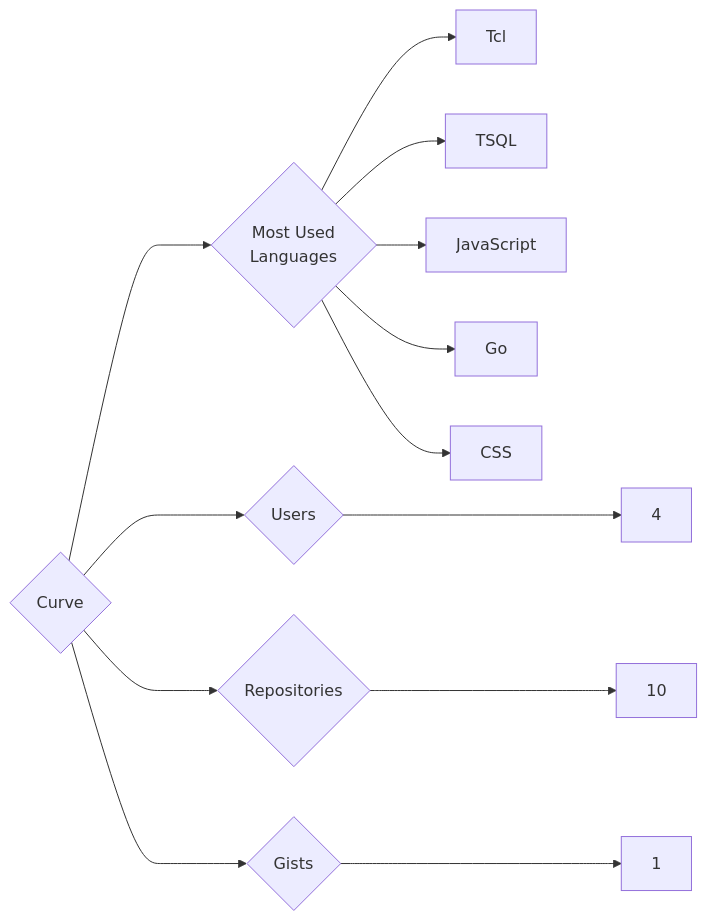
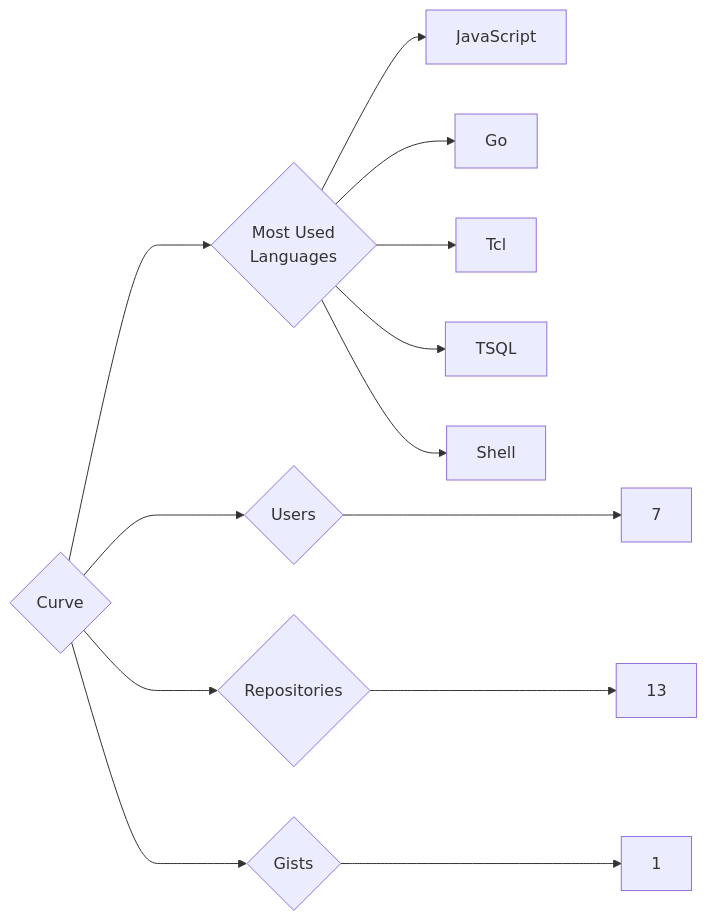
The diagram in targets/Curve/README.md (trickest/insiders), drawn with Mermaid before and after one commit. The commit also changed 951 other files, not shown here.

````diff
--- a/targets/Curve/README.md
+++ b/targets/Curve/README.md
@@ -3,13 +3,13 @@
 ```mermaid
 graph LR
 COMPANY_NAME{Curve}
-COMPANY_NAME ---> U{Users} ---> UN[4]
-COMPANY_NAME ---> R{Repositories} ---> RN[10]
+COMPANY_NAME ---> U{Users} ---> UN[7]
+COMPANY_NAME ---> R{Repositories} ---> RN[13]
 COMPANY_NAME ---> G{Gists} ---> GN[1]
 COMPANY_NAME ---> ML{Most Used<br>Languages}
+ML --> JavaScript[JavaScript]
+ML --> Go[Go]
 ML --> Tcl[Tcl]
 ML --> TSQL[TSQL]
-ML --> JavaScript[JavaScript]
-ML --> Go[Go]
-ML --> CSS[CSS]
+ML --> Shell[Shell]
 ```
````
